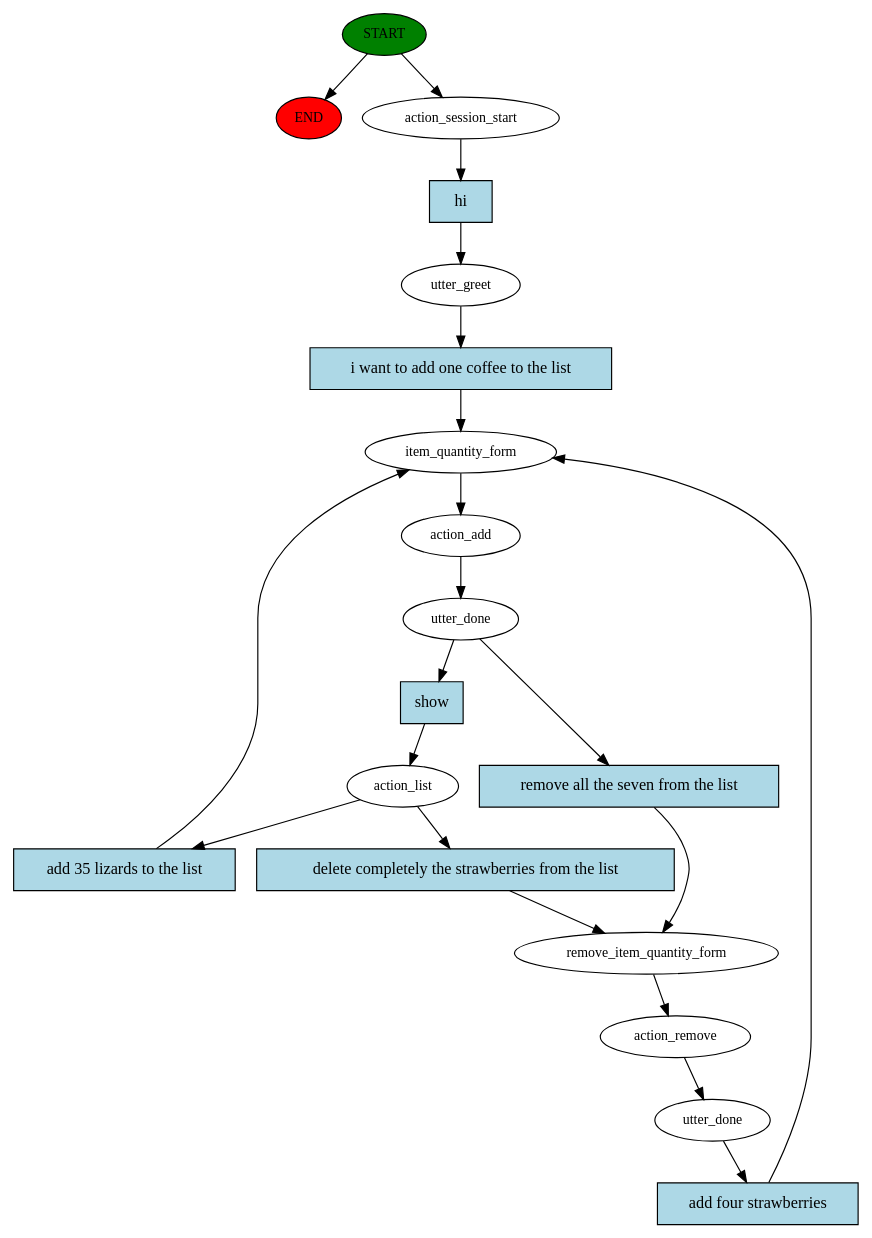
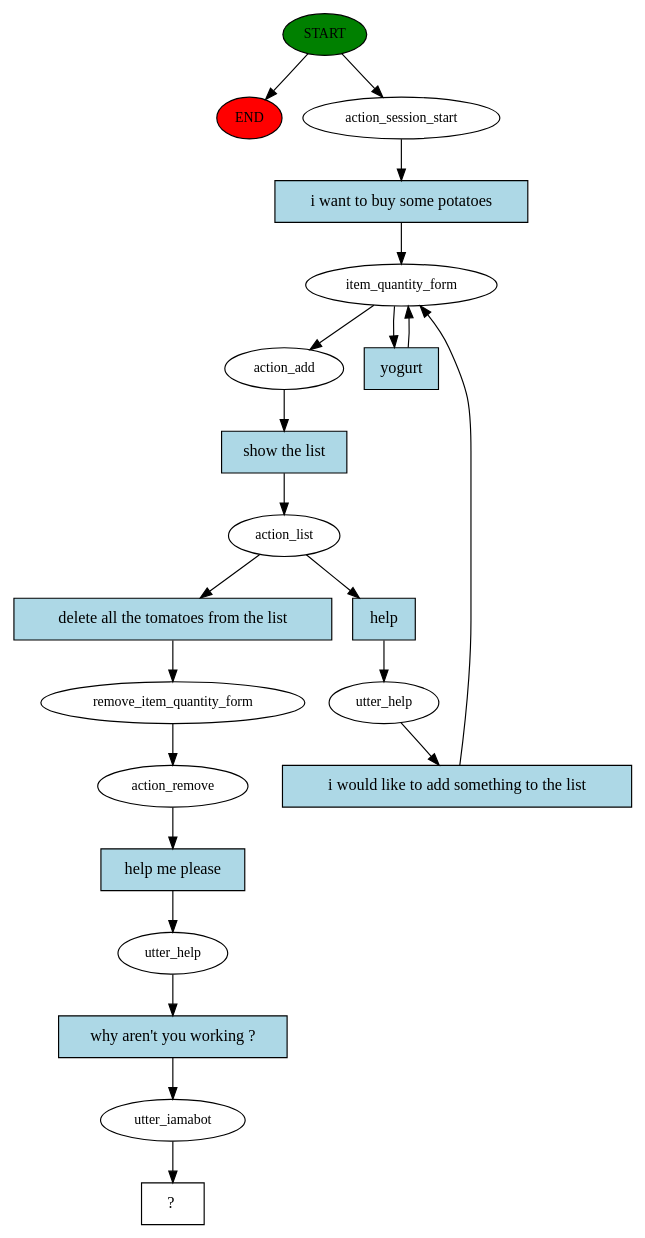
Before and after one commit to wwertyexp/CrMidTerm: the diagram in story_graph.dot, drawn with Graphviz. The commit also changed 2 other files, not shown here.

Commit message:
changed intent examples for all the intents

```diff
--- a/story_graph.dot
+++ b/story_graph.dot
@@ -1,40 +1,43 @@
 digraph  {
 0 [class="start active", fillcolor=green, fontsize=12, label=START, style=filled];
 "-1" [class=end, fillcolor=red, fontsize=12, label=END, style=filled];
 1 [class=active, fontsize=12, label=action_session_start];
-2 [class=active, fontsize=12, label=utter_greet];
-3 [class=active, fontsize=12, label=item_quantity_form];
-4 [class=active, fontsize=12, label=action_add];
-5 [class=active, fontsize=12, label=utter_done];
+2 [class=active, fontsize=12, label=item_quantity_form];
+5 [class=active, fontsize=12, label=action_add];
 6 [class=active, fontsize=12, label=action_list];
-11 [class=active, fontsize=12, label=remove_item_quantity_form];
-12 [class=active, fontsize=12, label=action_remove];
-13 [class="active dashed", fontsize=12, label=utter_done];
-27 [class="intent active", fillcolor=lightblue, label=hi, shape=rect, style=filled];
-28 [class="intent active", fillcolor=lightblue, label="i want to add one coffee to the list", shape=rect, style=filled];
-29 [class="intent active", fillcolor=lightblue, label=show, shape=rect, style=filled];
-30 [class="intent active", fillcolor=lightblue, label="remove all the seven from the list", shape=rect, style=filled];
-31 [class="intent active", fillcolor=lightblue, label="add 35 lizards to the list", shape=rect, style=filled];
-32 [class="intent active", fillcolor=lightblue, label="delete completely the strawberries from the list", shape=rect, style=filled];
-33 [class="intent active", fillcolor=lightblue, label="add four strawberries", shape=rect, style=filled];
+7 [class=active, fontsize=12, label=utter_help];
+13 [class=active, fontsize=12, label=remove_item_quantity_form];
+14 [class=active, fontsize=12, label=action_remove];
+15 [class=active, fontsize=12, label=utter_help];
+16 [class=active, fontsize=12, label=utter_iamabot];
+17 [class="intent dashed active", label="  ?  ", shape=rect];
+18 [class="intent active", fillcolor=lightblue, label="i want to buy some potatoes", shape=rect, style=filled];
+19 [class="intent active", fillcolor=lightblue, label=yogurt, shape=rect, style=filled];
+20 [class="intent active", fillcolor=lightblue, label="show the list", shape=rect, style=filled];
+21 [class="intent active", fillcolor=lightblue, label=help, shape=rect, style=filled];
+22 [class="intent active", fillcolor=lightblue, label="delete all the tomatoes from the list", shape=rect, style=filled];
+23 [class="intent active", fillcolor=lightblue, label="i would like to add something to the list", shape=rect, style=filled];
+24 [class="intent active", fillcolor=lightblue, label="help me please", shape=rect, style=filled];
+25 [class="intent active", fillcolor=lightblue, label="why aren't you working ?", shape=rect, style=filled];
 0 -> "-1"  [class="", key=NONE, label=""];
 0 -> 1  [class=active, key=NONE, label=""];
-1 -> 27  [class=active, key=0];
-2 -> 28  [class=active, key=0];
-3 -> 4  [class=active, key=NONE, label=""];
-4 -> 5  [class=active, key=NONE, label=""];
-5 -> 29  [class=active, key=0];
-5 -> 30  [class=active, key=0];
-6 -> 31  [class=active, key=0];
-6 -> 32  [class=active, key=0];
-11 -> 12  [class=active, key=NONE, label=""];
-12 -> 13  [class=active, key=NONE, label=""];
-13 -> 33  [class=active, key=0];
-27 -> 2  [class=active, key=0];
-28 -> 3  [class=active, key=0];
-29 -> 6  [class=active, key=0];
-30 -> 11  [class=active, key=0];
-31 -> 3  [class=active, key=0];
-32 -> 11  [class=active, key=0];
-33 -> 3  [class=active, key=0];
+1 -> 18  [class=active, key=0];
+2 -> 5  [class=active, key=NONE, label=""];
+2 -> 19  [class=active, key=0];
+5 -> 20  [class=active, key=0];
+6 -> 21  [class=active, key=0];
+6 -> 22  [class=active, key=0];
+7 -> 23  [class=active, key=0];
+13 -> 14  [class=active, key=NONE, label=""];
+14 -> 24  [class=active, key=0];
+15 -> 25  [class=active, key=0];
+16 -> 17  [class=active, key=NONE, label=""];
+18 -> 2  [class=active, key=0];
+19 -> 2  [class=active, key=0];
+20 -> 6  [class=active, key=0];
+21 -> 7  [class=active, key=0];
+22 -> 13  [class=active, key=0];
+23 -> 2  [class=active, key=0];
+24 -> 15  [class=active, key=0];
+25 -> 16  [class=active, key=0];
 }
```
